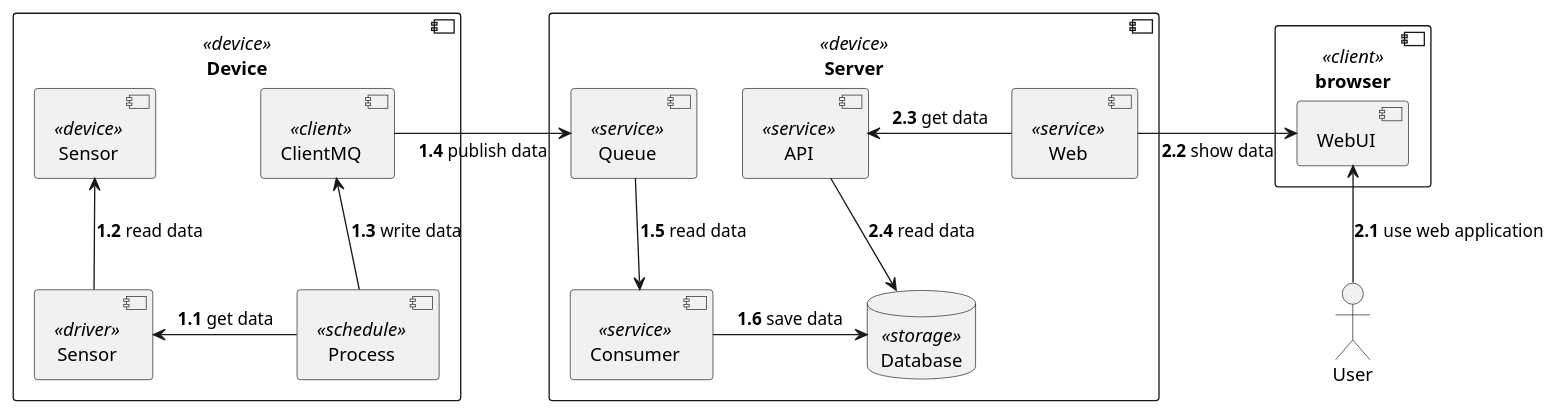
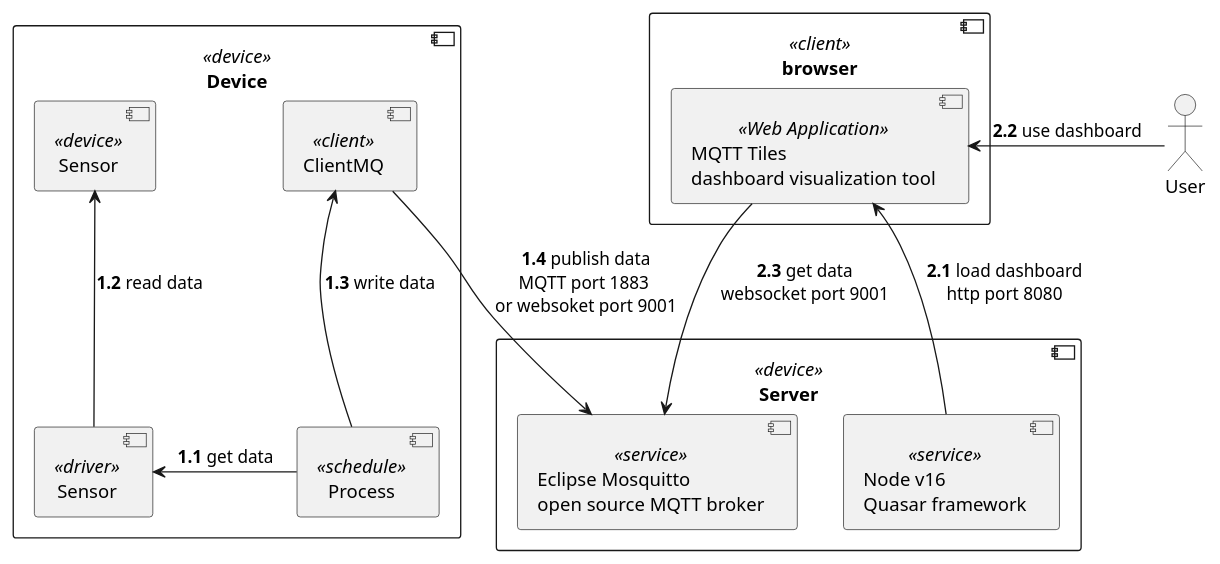
One commit to arootcom/water changed the diagram in architecture/component.puml. Above: the diagram before and after it, drawn with PlantUML. The commit also changed 2 other files, not shown here.

```diff
--- a/architecture/component.puml
+++ b/architecture/component.puml
@@ -1,38 +1,33 @@
 @startuml
 
 component Device <<device>> {
     component Sensor <<device>>
     component Process <<schedule>>
     component Driver as "Sensor" <<driver>>
     component ClientMQ <<client>>
 }
 
 Process -left-> Driver : **1.1** get data
 Driver -up-> Sensor : **1.2** read data
 Process -up-> ClientMQ : **1.3** write data
 
 component Server <<device>> {
-    component Queue <<service>>
-    component Consumer <<service>>
-    database Database <<storage>>
-    component API <<service>>
-    component Web <<service>>
+    component Queue as "Eclipse Mosquitto\nopen source MQTT broker" <<service>>
+    component Tiles as "Node v16\nQuasar framework" <<service>>
 }
 
-ClientMQ -right-> Queue : **1.4** publish data
-Queue --> Consumer : **1.5** read data
-Consumer -right-> Database : **1.6** save data
-Database <-up- API : **2.4** read data
-API <-right- Web : **2.3** get data
+ClientMQ --> Queue : **1.4** publish data\nMQTT port 1883 \nor websoket port 9001
 
 component browser <<client>> {
-    component WebUI
+    component TilesUI as "MQTT Tiles\ndashboard visualization tool" <<Web Application>>
 }
 
-Web -right-> WebUI : **2.2** show data
+Tiles -right-> TilesUI : **2.1** load dashboard\nhttp port 8080
+TilesUI --> Queue : **2.3** get data\nwebsocket port 9001
 
 actor User
 
-WebUI <-down- User : **2.1** use web application
+TilesUI <-right- User : **2.2** use dashboard
+
 
 @enduml
```
